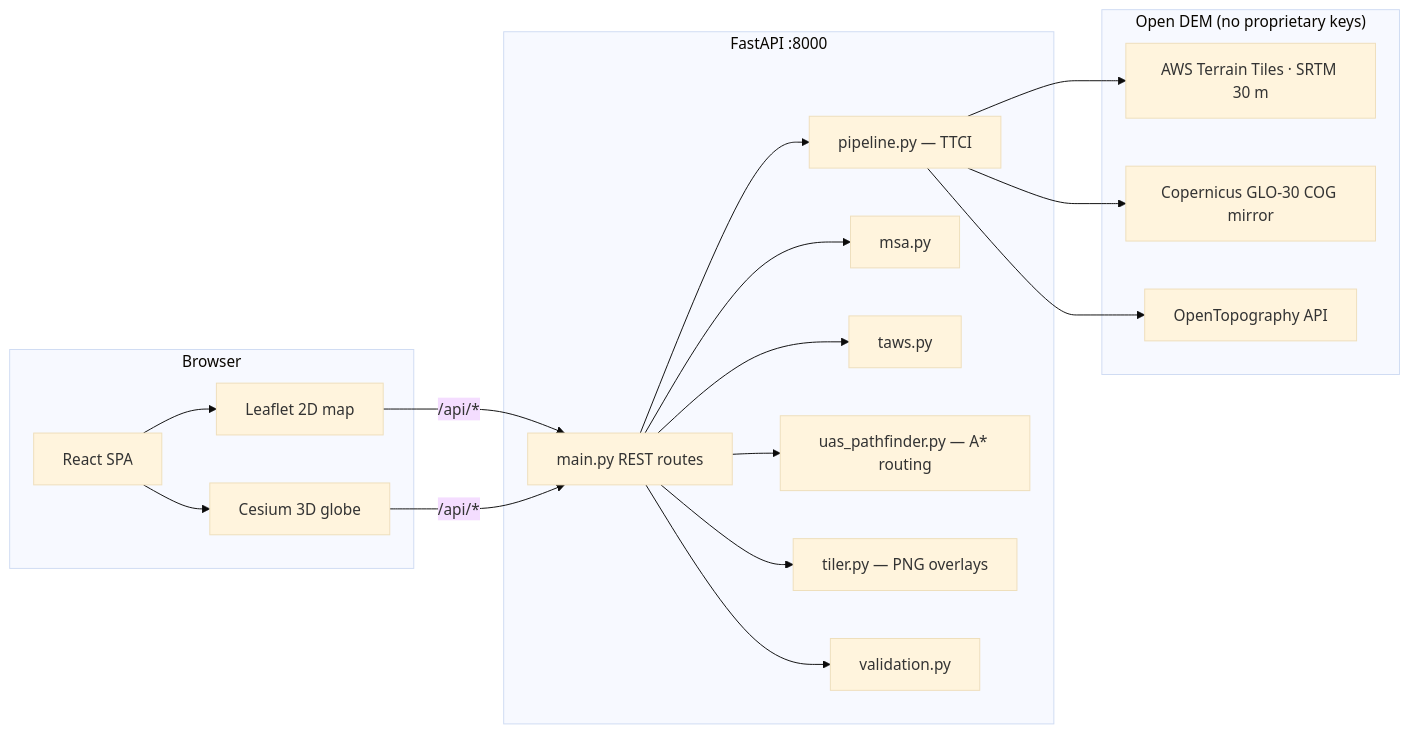
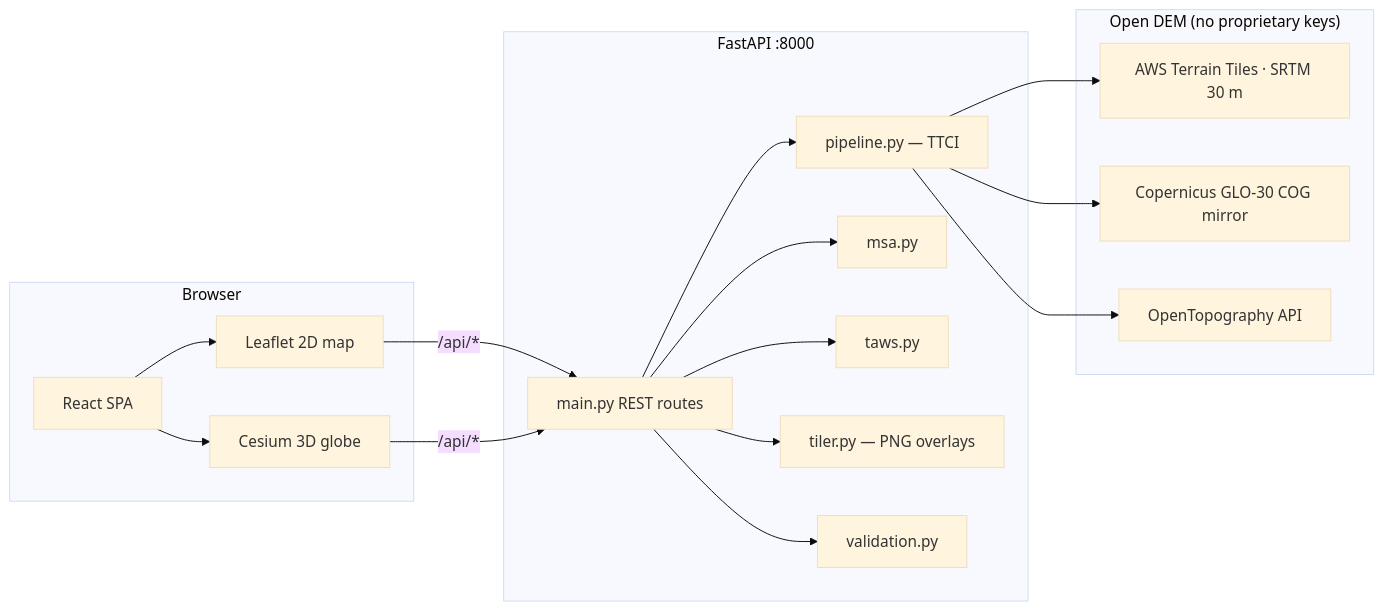
The first of 2 diagrams in README.md (chxmq/terrainguard), drawn with Mermaid (base theme) before and after one commit. The commit also changed other lines of this file and 9 other files, not shown here.

````diff
--- a/README.md
+++ b/README.md
@@ -116,38 +73,36 @@
 ```mermaid
 flowchart LR
   subgraph Browser["Browser"]
     UI["React SPA"]
     Leaflet["Leaflet 2D map"]
     Cesium["Cesium 3D globe"]
     UI --> Leaflet
     UI --> Cesium
   end
 
   subgraph Server["FastAPI :8000"]
     Routes["main.py REST routes"]
     Pipe["pipeline.py — TTCI"]
     MSA["msa.py"]
     TAWS["taws.py"]
-    UAS["uas_pathfinder.py — A* routing"]
     Tiler["tiler.py — PNG overlays"]
     Val["validation.py"]
     Routes --> Pipe
     Routes --> MSA
     Routes --> TAWS
-    Routes --> UAS
     Routes --> Tiler
     Routes --> Val
   end
 
   subgraph DEM["Open DEM (no proprietary keys)"]
     Tiles["AWS Terrain Tiles · SRTM 30 m"]
     Cop["Copernicus GLO-30 COG mirror"]
     OT["OpenTopography API"]
   end
 
   Leaflet -->|"/api/*"| Routes
   Cesium -->|"/api/*"| Routes
   Pipe --> Tiles
   Pipe --> Cop
   Pipe --> OT
 ```
````
